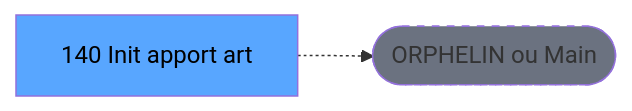
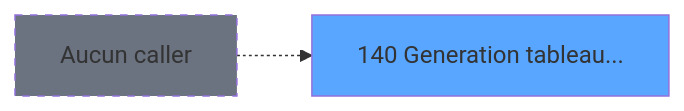
The second of 3 diagrams in .openspec/specs/ADH-IDE-140.md (thonyAGP/magic-migration), drawn with Mermaid before and after one commit. The commit also changed other lines of this file and 311 other files, not shown here.

````diff
--- a/.openspec/specs/ADH-IDE-140.md
+++ b/.openspec/specs/ADH-IDE-140.md
@@ -123,8 +288,8 @@
 ```mermaid
 graph LR
-    T[140 Init apport art]
-    ORPHAN([ORPHELIN ou Main])
-    T -.-> ORPHAN
-    style T fill:#58a6ff,color:#000
-    style ORPHAN fill:#6b7280,stroke-dasharray: 5 5
+    T140[140 Generation tableau...]
+    style T140 fill:#58a6ff
+    NONE[Aucun caller]
+    NONE -.-> T140
+    style NONE fill:#6b7280,stroke-dasharray: 5 5
 ```
````
